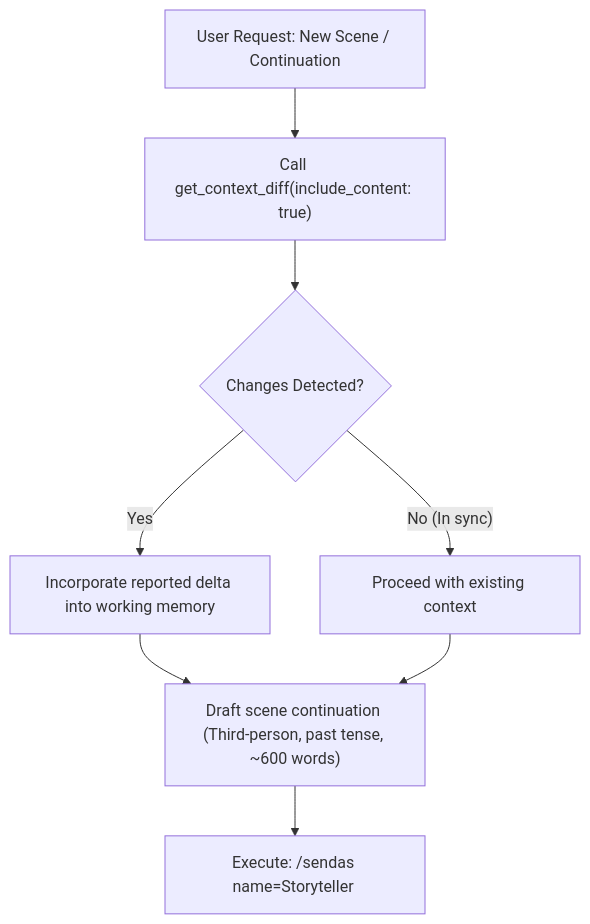
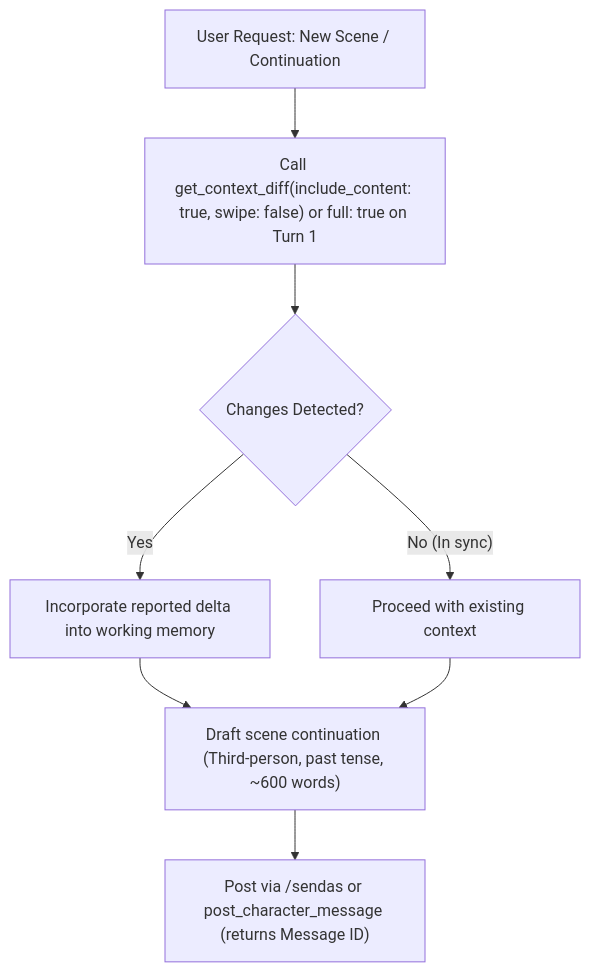
Before and after one commit to m-petra-fn/SillyTavern: the first of 3 diagrams in .agent/skills/sillytavern-writer/SKILL.md, drawn with Mermaid. The commit also changed other lines of this file and 3 other files, not shown here.

Commit message:
Simplify SKILL.md around get_context_diff, hide hashes by default, add swipe filter, range history, and message ID returns

````diff
--- a/.agent/skills/sillytavern-writer/SKILL.md
+++ b/.agent/skills/sillytavern-writer/SKILL.md
@@ -179,10 +167,10 @@
 ```mermaid
 flowchart TD
-    A["User Request: New Scene / Continuation"] --> B["Call get_context_diff(include_content: true)"]
+    A["User Request: New Scene / Continuation"] --> B["Call get_context_diff(include_content: true, swipe: false) or full: true on Turn 1"]
     B --> C{"Changes Detected?"}
     C -- "Yes" --> D["Incorporate reported delta into working memory"]
     C -- "No (In sync)" --> E["Proceed with existing context"]
     D --> F["Draft scene continuation (Third-person, past tense, ~600 words)"]
     E --> F
-    F --> G["Execute: /sendas name=Storyteller <Narrative Text>"]
+    F --> G["Post via /sendas or post_character_message (returns Message ID)"]
 ```
````
